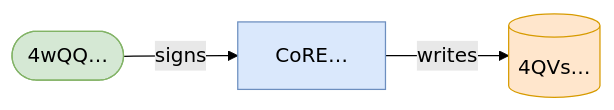
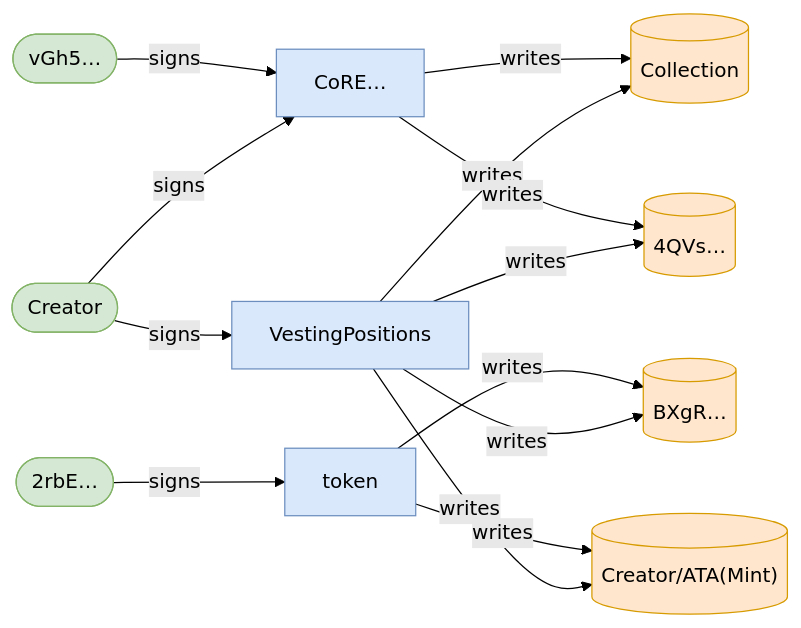
Before and after one commit to cds-turbin3/vesting-position: the second of 3 diagrams in babelfish-tests/test-report/exclude_asset_burns_position.md, drawn with Mermaid (forest theme). The commit also changed other lines of this file and 50 other files, not shown here.

````diff
--- a/babelfish-tests/test-report/exclude_asset_burns_position.md
+++ b/babelfish-tests/test-report/exclude_asset_burns_position.md
@@ -15,11 +25,28 @@
 ```mermaid
 flowchart LR
+    VestingPositions["VestingPositions"]:::program
+    Creator(["Creator"]):::signer
+    Collection[("Collection")]:::state
+    4QVs[("4QVs…")]:::state
+    BXgR[("BXgR…")]:::state
+    CreatorATAMint[("Creator/ATA(Mint)")]:::state
     CoRE["CoRE…"]:::program
-    4QVs[("4QVs…")]:::state
-    4wQQ(["4wQQ…"]):::signer
+    vGh5(["vGh5…"]):::signer
+    token["token"]:::program
+    2rbE(["2rbE…"]):::signer
+    Creator -->|signs| VestingPositions
+    VestingPositions -->|writes| Collection
+    VestingPositions -->|writes| 4QVs
+    VestingPositions -->|writes| BXgR
+    VestingPositions -->|writes| CreatorATAMint
     CoRE -->|writes| 4QVs
-    4wQQ -->|signs| CoRE
+    CoRE -->|writes| Collection
+    Creator -->|signs| CoRE
+    vGh5 -->|signs| CoRE
+    token -->|writes| BXgR
+    token -->|writes| CreatorATAMint
+    2rbE -->|signs| token
     classDef program fill:#dae8fc,stroke:#6c8ebf;
     classDef signer fill:#d5e8d4,stroke:#82b366;
     classDef state fill:#ffe6cc,stroke:#d79b00;
 ```
````
